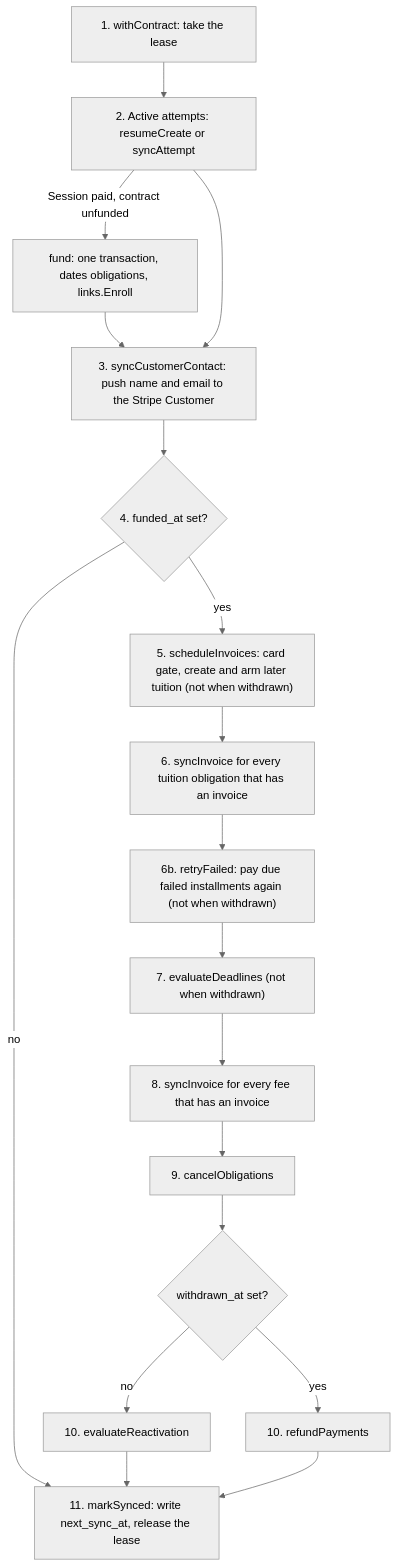
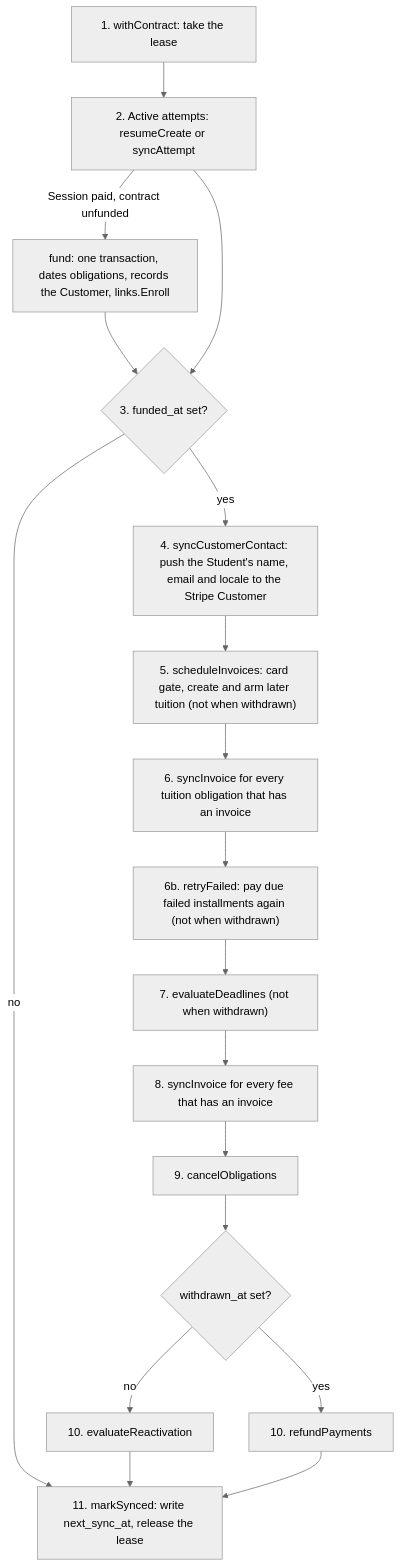
One commit to devGabriel131/ProjectHermes changed the second of 2 diagrams in docs/billing/worker.md. Above: the diagram before and after it, drawn with Mermaid (neutral theme). The commit also changed other lines of this file and 38 other files, not shown here.

Commit message:
refactor(billing): let Checkout create the Customer and keep the checkout decision DB-only

````diff
--- a/docs/billing/worker.md
+++ b/docs/billing/worker.md
@@ -94,20 +94,20 @@
 ```mermaid
 flowchart TD
     A["1. withContract: take the lease"] --> B["2. Active attempts: resumeCreate or syncAttempt"]
-    B -->|"Session paid, contract unfunded"| F["fund: one transaction, dates obligations, links.Enroll"]
-    F --> C
-    B --> C["3. syncCustomerContact: push name and email to the Stripe Customer"]
-    C --> D{"4. funded_at set?"}
+    B -->|"Session paid, contract unfunded"| F["fund: one transaction, dates obligations, records the Customer, links.Enroll"]
+    F --> D
+    B --> D{"3. funded_at set?"}
     D -->|"no"| K
-    D -->|"yes"| E["5. scheduleInvoices: card gate, create and arm later tuition (not when withdrawn)"]
+    D -->|"yes"| C["4. syncCustomerContact: push the Student's name, email and locale to the Stripe Customer"]
+    C --> E["5. scheduleInvoices: card gate, create and arm later tuition (not when withdrawn)"]
     E --> G["6. syncInvoice for every tuition obligation that has an invoice"]
     G --> R["6b. retryFailed: pay due failed installments again (not when withdrawn)"]
     R --> H["7. evaluateDeadlines (not when withdrawn)"]
     H --> L["8. syncInvoice for every fee that has an invoice"]
     L --> I["9. cancelObligations"]
     I --> X{"withdrawn_at set?"}
     X -->|"no"| J["10. evaluateReactivation"]
     X -->|"yes"| Y["10. refundPayments"]
     J --> K["11. markSynced: write next_sync_at, release the lease"]
     Y --> K
 ```
````
